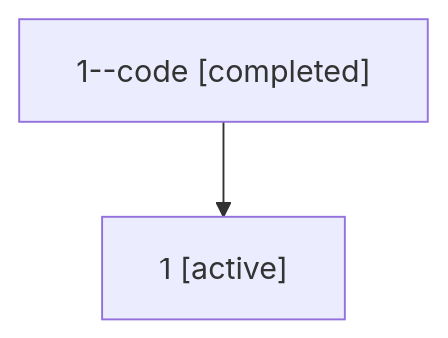
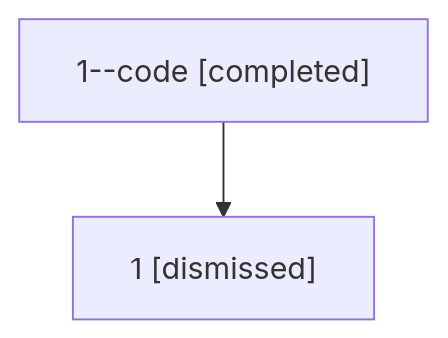
One commit to sase-org/sase--agents changed the diagram in sessions/bbugyi200.athena.1.md. Above: the diagram before and after it, drawn with Mermaid. The commit also changed other lines of this file and 35 other files, not shown here.

````diff
--- a/sessions/bbugyi200.athena.1.md
+++ b/sessions/bbugyi200.athena.1.md
@@ -9,6 +9,6 @@
 ```mermaid
 flowchart TD
   n0["1--code [completed]"]
-  n1["1 [active]"]
+  n1["1 [dismissed]"]
   n0 --> n1
 ```
````
